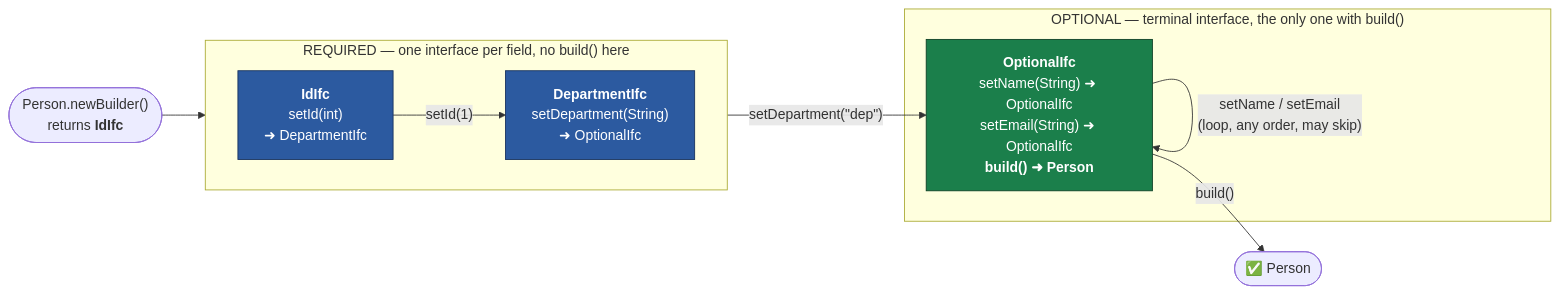
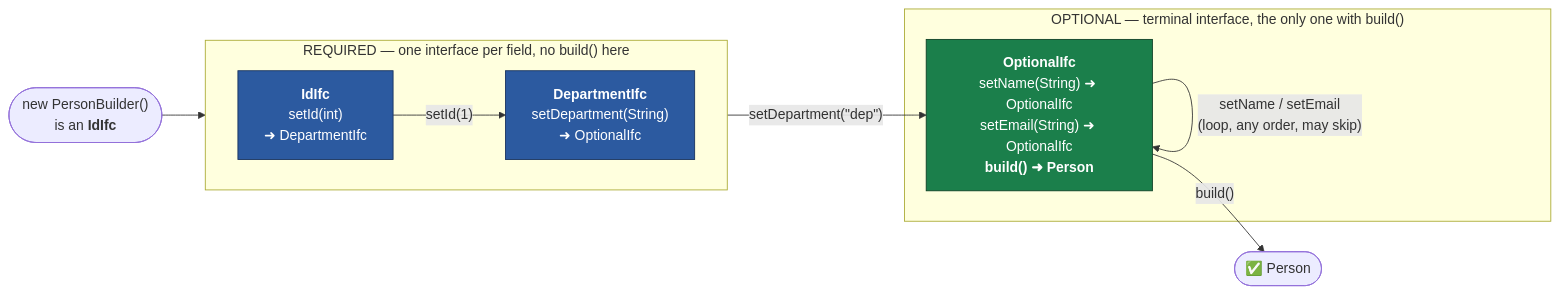
One commit to adamw7/tools changed the second of 4 diagrams in docs/compile-time-safe-builders.md. Above: the diagram before and after it, drawn with Mermaid. The commit also changed 7 other files, not shown here.

````diff
--- a/docs/compile-time-safe-builders.md
+++ b/docs/compile-time-safe-builders.md
@@ -87,27 +87,27 @@
 ```mermaid
 flowchart LR
-    start(["Person.newBuilder()<br/>returns <b>IdIfc</b>"])
+    start(["new PersonBuilder()<br/>is an <b>IdIfc</b>"])
 
     subgraph req ["REQUIRED — one interface per field, no build() here"]
         direction LR
         IdIfc["<b>IdIfc</b><br/>setId(int)<br/>➜ DepartmentIfc"]
         DepartmentIfc["<b>DepartmentIfc</b><br/>setDepartment(String)<br/>➜ OptionalIfc"]
     end
 
     subgraph opt ["OPTIONAL — terminal interface, the only one with build()"]
         OptionalIfc["<b>OptionalIfc</b><br/>setName(String) ➜ OptionalIfc<br/>setEmail(String) ➜ OptionalIfc<br/><b>build() ➜ Person</b>"]
     end
 
     done(["✅ Person"])
 
     start --> IdIfc
     IdIfc -->|"setId(1)"| DepartmentIfc
     DepartmentIfc -->|"setDepartment(&quot;dep&quot;)"| OptionalIfc
     OptionalIfc -->|"setName / setEmail<br/>(loop, any order, may skip)"| OptionalIfc
     OptionalIfc -->|"build()"| done
 
     classDef reqCls fill:#2c5aa0,stroke:#16305c,color:#fff
     classDef optCls fill:#1b7f4b,stroke:#0d3f25,color:#fff
     class IdIfc,DepartmentIfc reqCls
     class OptionalIfc optCls
 ```
````
